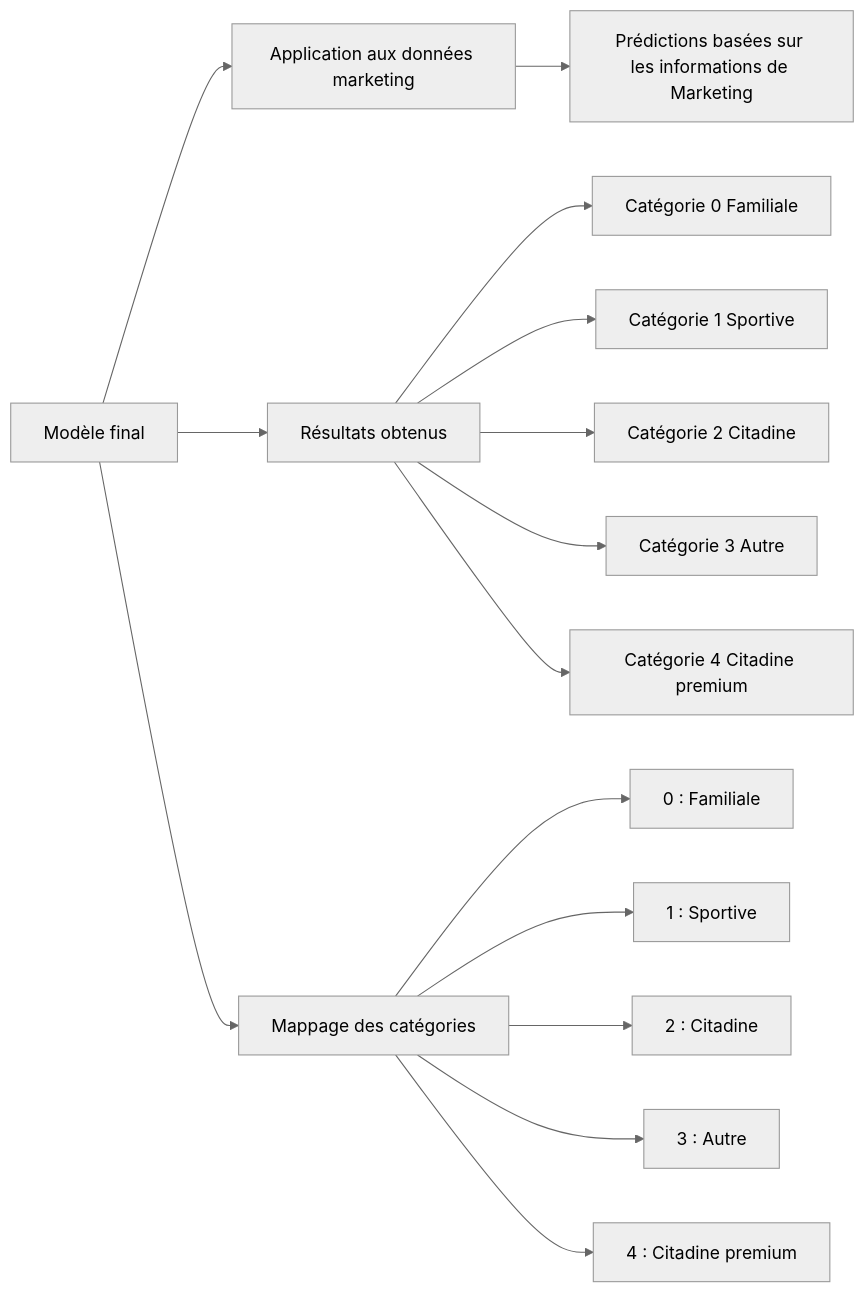
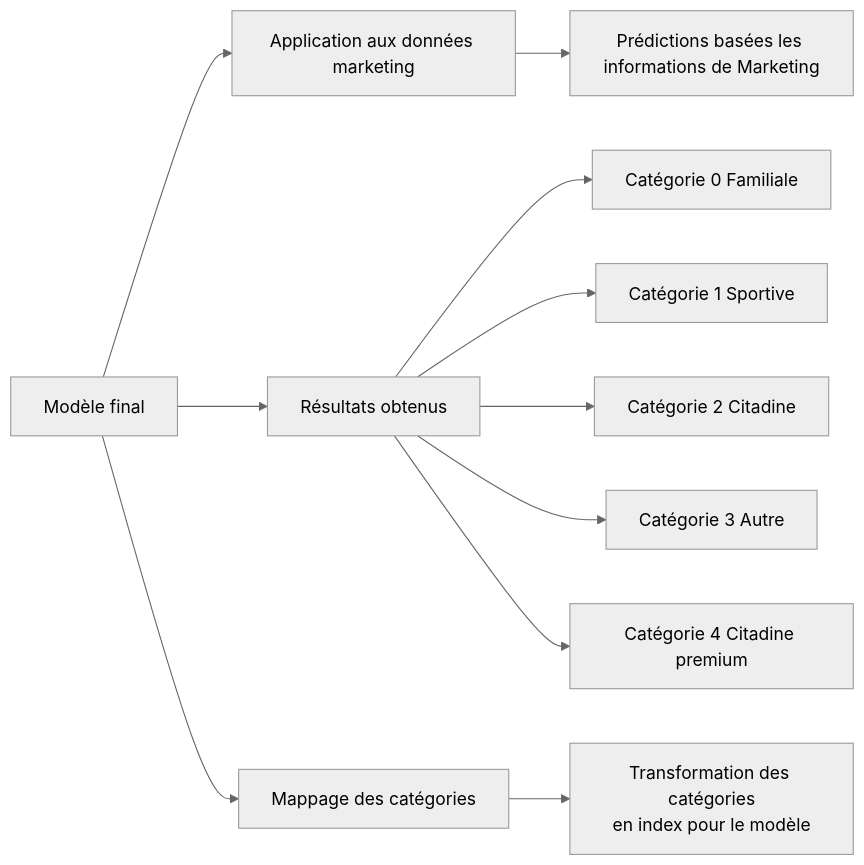
Before and after one commit to VincentChabran/docker-hadoop-tp: the diagram in mermaid.md, drawn with Mermaid (neutral theme). The commit also changed 13 other files, not shown here.

````diff
--- a/mermaid.md
+++ b/mermaid.md
@@ -1,35 +1,33 @@
 ```mermaid
-
 
 
 
 graph LR
     A[Modèle final]
 
     %% Application du modèle
     A --> B[Application aux données marketing]
-    B --> C[Prédictions basées sur les informations de Marketing]
+    B --> C[Prédictions basées les informations de Marketing]
 
     %% Résultats obtenus
     A --> D[Résultats obtenus]
     D --> E[Catégorie 0 Familiale]
     D --> F[Catégorie 1 Sportive]
     D --> G[Catégorie 2 Citadine]
     D --> I[Catégorie 3 Autre]
     D --> H[Catégorie 4 Citadine premium]
 
     %% Mappage des catégories
     A --> J[Mappage des catégories]
-    J --> K[0 : Familiale]
-    J --> L[1 : Sportive]
-    J --> M[2 : Citadine]
-    J --> N[3 : Autre]
-    J --> O[4 : Citadine premium]
+
+
+    %% Transformation des catégories
+    J --> P[Transformation des catégories<br>en index pour le modèle]
 
 
 
 
 
 
 
 ```
````
